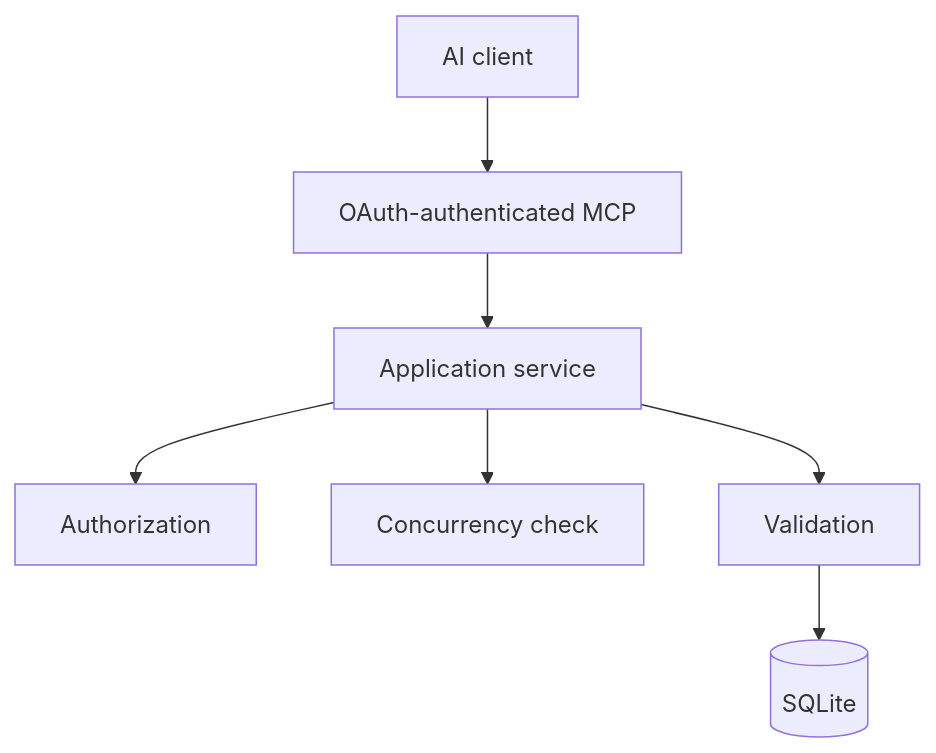
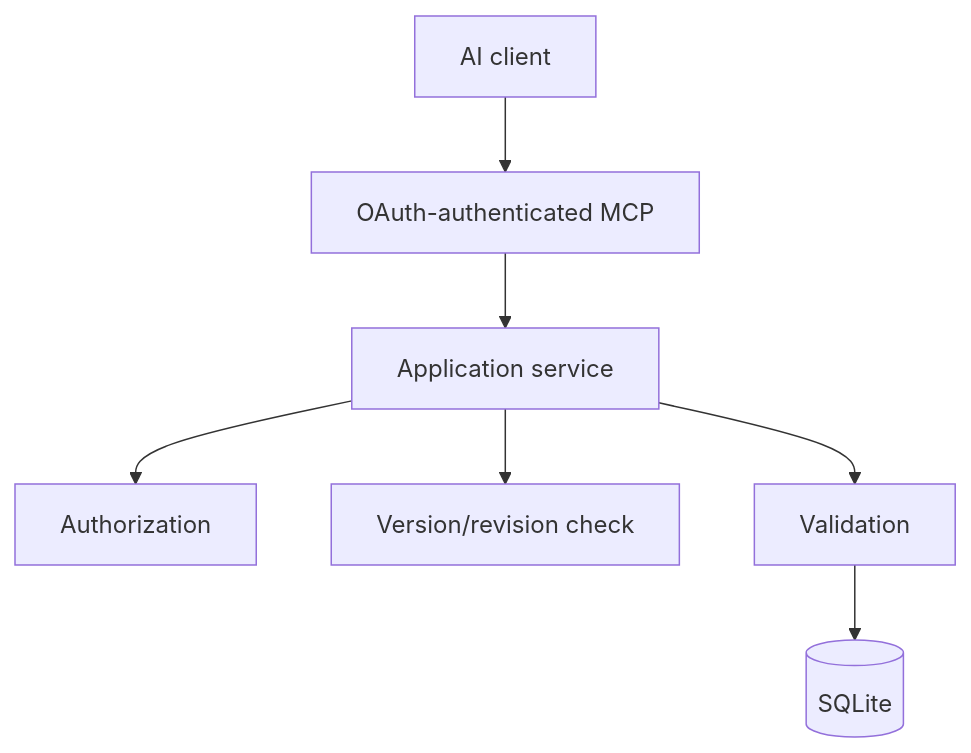
One commit to Natoandro/verso changed the seventh of 7 diagrams in docs/design/system.md. Above: the diagram before and after it, drawn with Mermaid. The commit also changed other lines of this file and 7 other files, not shown here.

````diff
--- a/docs/design/system.md
+++ b/docs/design/system.md
@@ -243,9 +243,9 @@
 ```mermaid
 flowchart TB
     ai["AI client"] --> mcp["OAuth-authenticated MCP"]
     mcp --> application["Application service"]
     application --> authorization["Authorization"]
-    application --> concurrency["Concurrency check"]
+    application --> concurrency["Version/revision check"]
     application --> validation["Validation"]
     validation --> sqlite[("SQLite")]
 ```
````
